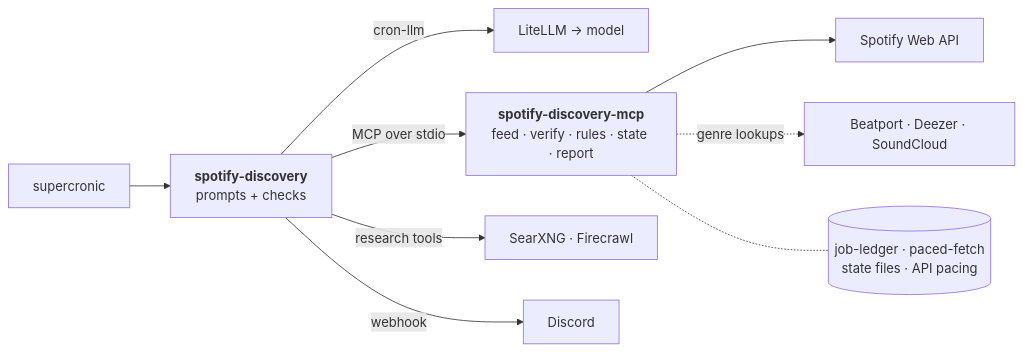
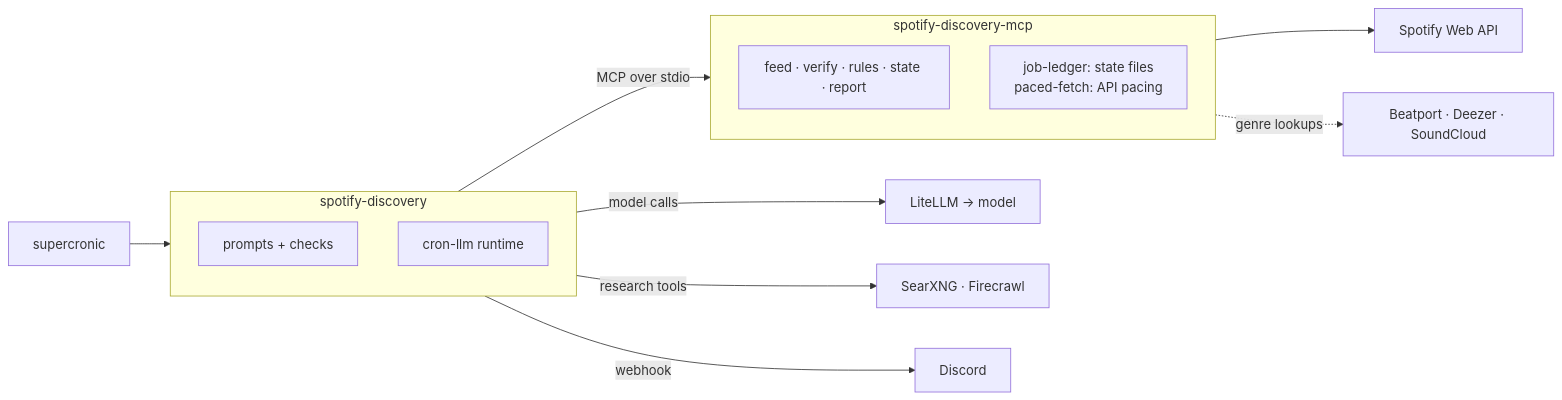
The diagram in README.md (wkbaran/spotify-discovery), drawn with Mermaid before and after one commit.

Commit message:
README diagram: packages as titled boxes with their parts inside (GitHub ignores bold in labels)

````diff
--- a/README.md
+++ b/README.md
@@ -70,14 +70,18 @@
 ```mermaid
 flowchart LR
-  cron["supercronic"] --> job["`**spotify-discovery**
-prompts + checks`"]
-  job -- "cron-llm" --> llm["LiteLLM → model"]
-  job -- "MCP over stdio" --> mcp["`**spotify-discovery-mcp**
-feed · verify · rules · state · report`"]
+  cron["supercronic"] --> job
+  subgraph job["spotify-discovery"]
+    jp["prompts + checks"]
+    jc["cron-llm runtime"]
+  end
+  subgraph mcp["spotify-discovery-mcp"]
+    mp["feed · verify · rules · state · report"]
+    ml["job-ledger: state files<br/>paced-fetch: API pacing"]
+  end
+  job -- "model calls" --> llm["LiteLLM → model"]
+  job -- "MCP over stdio" --> mcp
+  mcp --> api["Spotify Web API"]
   job -- "research tools" --> web["SearXNG · Firecrawl"]
-  mcp --> api["Spotify Web API"]
   mcp -. "genre lookups" .-> meta["Beatport · Deezer · SoundCloud"]
-  mcp -.- libs[("`job-ledger · paced-fetch
-state files · API pacing`")]
   job -- "webhook" --> discord["Discord"]
 ```
````
